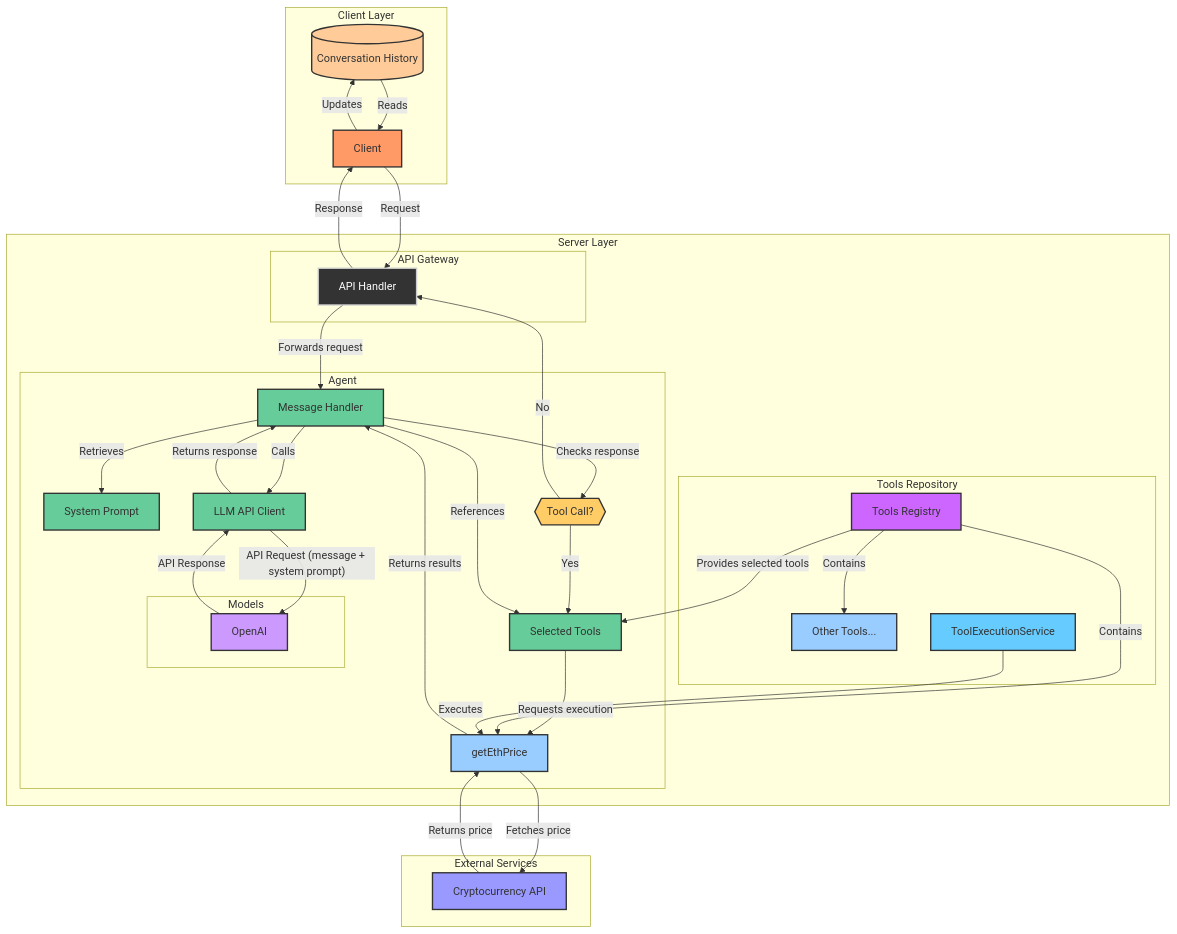
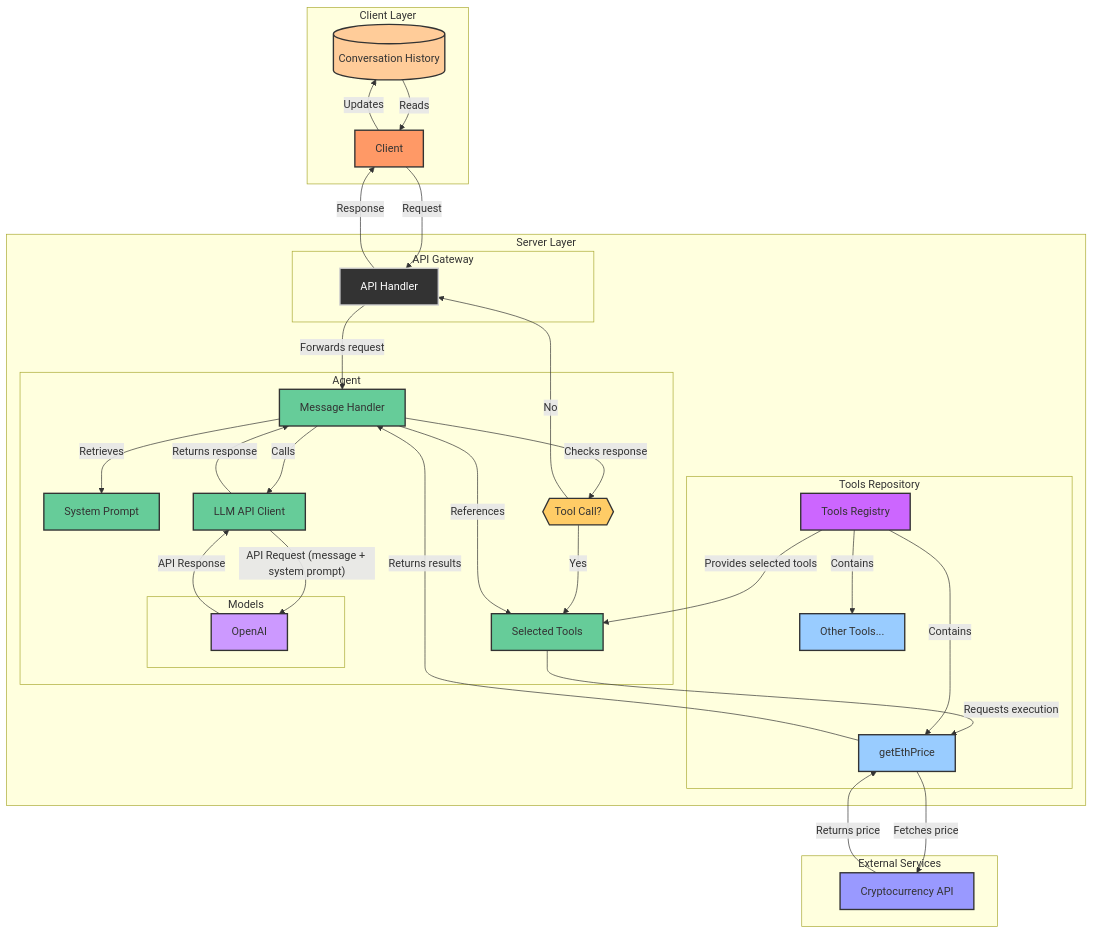
One commit to motechFR/ai-agents-demo changed the diagram in server/lib/levels/flowcharts/level04.md. Above: the diagram before and after it, drawn with Mermaid. The commit also changed 8 other files, not shown here.

````diff
--- a/server/lib/levels/flowcharts/level04.md
+++ b/server/lib/levels/flowcharts/level04.md
@@ -13,7 +13,7 @@
             APIHandler["API Handler"]
         end
 
-         subgraph Agent
+        subgraph Agent
             MessageHandler["Message Handler"]
             SystemPrompt["System Prompt"]
             LLMClient["LLM API Client"]
@@ -33,18 +33,22 @@
             ToolCallTest -- "Yes" --> SelectedTools
             ToolCallTest -- "No" --> APIHandler
             MessageHandler -- "References" --> SelectedTools
-            SelectedTools -- "Requests execution" --> GetEthPrice
-            GetEthPrice -- "Returns results" --> MessageHandler
         end
         
         subgraph Tools Repository
+            %% Elements
             ToolsRegistry["Tools Registry"]
             GetEthPrice["getEthPrice"]
             OtherTools["Other Tools..."]
-            
+            SelectedTools["Selected Tools"]
+
+            %% Flow
+            SelectedTools -- "Requests execution" --> GetEthPrice
+
+            GetEthPrice -- "Returns results" --> MessageHandler
+
             ToolsRegistry -- "Contains" --> GetEthPrice
             ToolsRegistry -- "Contains" --> OtherTools
-            ToolExecutionService -- "Executes" --> GetEthPrice
         end
     end
 
@@ -67,7 +71,6 @@
     classDef toolStyle fill:#9cf,stroke:#333,stroke-width:2px;
     classDef modelStyle fill:#c9f,stroke:#333,stroke-width:2px;
     classDef repositoryStyle fill:#c6f,stroke:#333,stroke-width:2px;
-    classDef executionStyle fill:#6cf,stroke:#333,stroke-width:2px;
     classDef decisionStyle fill:#fc6,stroke:#333,stroke-width:2px;
 
 
@@ -79,6 +82,5 @@
     class CoinAPI externalStyle;
     class ConversationHistory historyStyle;
     class ToolsRegistry repositoryStyle;
-    class ToolExecutionService executionStyle;
     class ToolCallTest decisionStyle;
 ```
````
